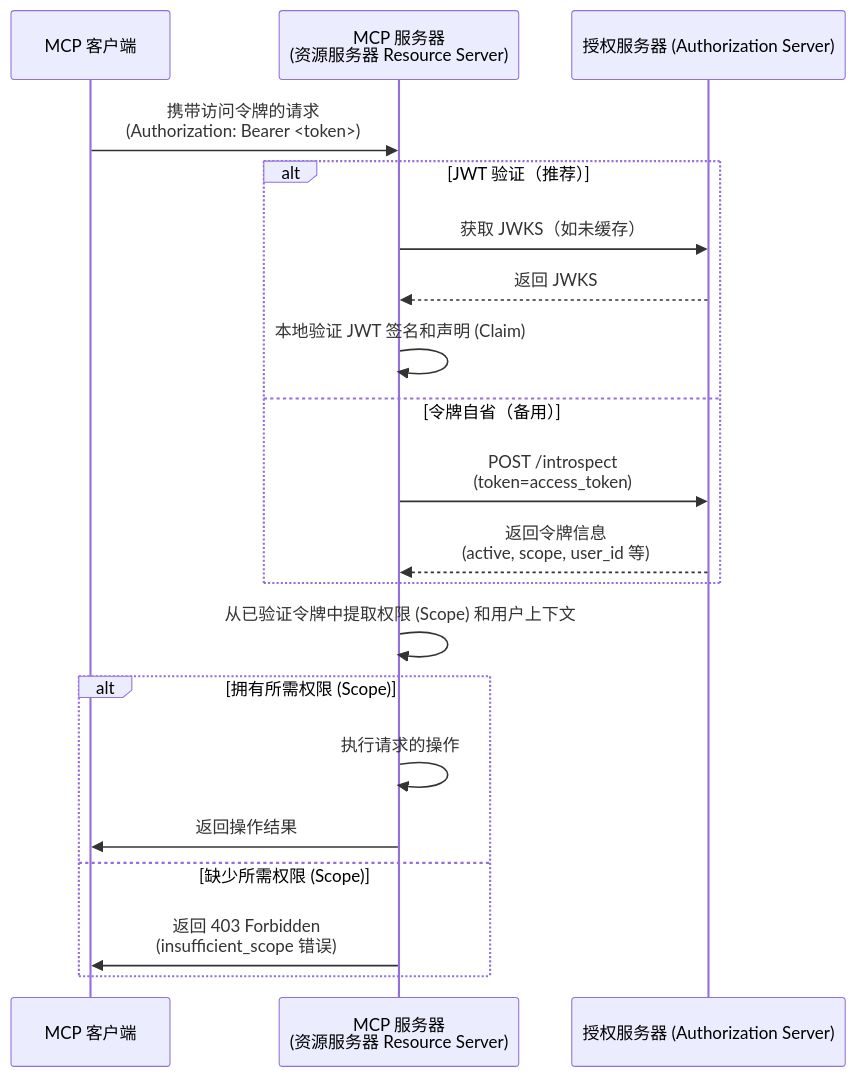
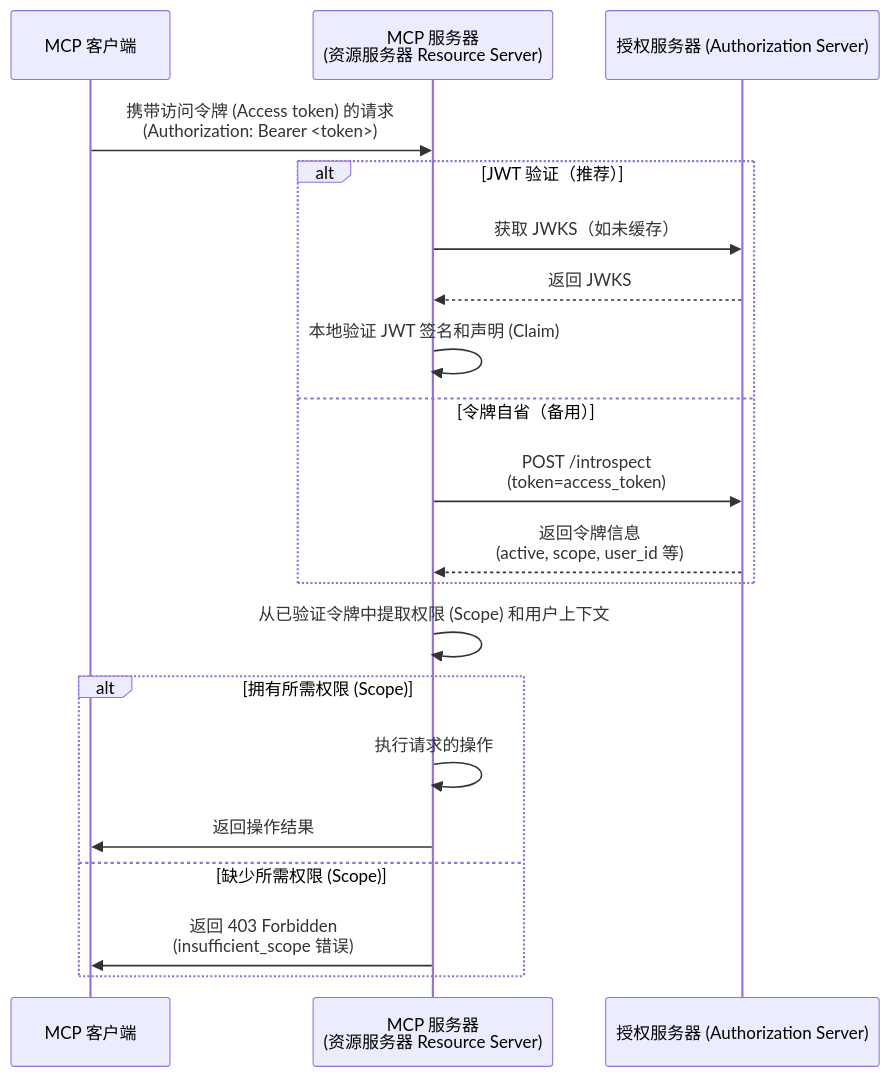
Before and after one commit to mcp-auth/docs: the second of 2 diagrams in i18n/zh-CN/docusaurus-plugin-content-docs/current/tutorials/todo-manager/README.mdx, drawn with Mermaid. The commit also changed other lines of this file and 53 other files, not shown here.

````diff
--- a/i18n/zh-CN/docusaurus-plugin-content-docs/current/tutorials/todo-manager/README.mdx
+++ b/i18n/zh-CN/docusaurus-plugin-content-docs/current/tutorials/todo-manager/README.mdx
@@ -133,26 +136,26 @@
 ```mermaid
 sequenceDiagram
     participant Client as MCP 客户端
     participant Server as MCP 服务器<br/>(资源服务器 Resource Server)
     participant Auth as 授权服务器 (Authorization Server)
 
-    Client->>Server: 携带访问令牌的请求<br/>(Authorization: Bearer <token>)
+    Client->>Server: 携带访问令牌 (Access token) 的请求<br/>(Authorization: Bearer <token>)
 
     alt JWT 验证（推荐）
         Server->>Auth: 获取 JWKS（如未缓存）
         Auth-->>Server: 返回 JWKS
         Server->>Server: 本地验证 JWT 签名和声明 (Claim)
     else 令牌自省（备用）
         Server->>Auth: POST /introspect<br/>(token=access_token)
         Auth-->>Server: 返回令牌信息<br/>(active, scope, user_id 等)
     end
 
     Server->>Server: 从已验证令牌中提取权限 (Scope) 和用户上下文
 
     alt 拥有所需权限 (Scope)
         Server->>Server: 执行请求的操作
         Server->>Client: 返回操作结果
     else 缺少所需权限 (Scope)
         Server->>Client: 返回 403 Forbidden<br/>(insufficient_scope 错误)
     end
 ```
````
